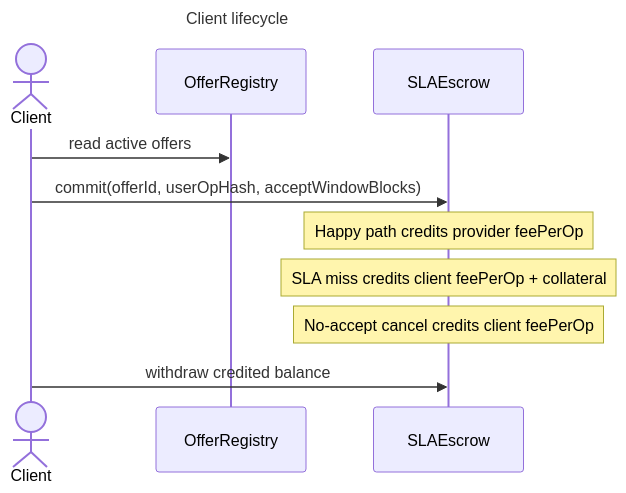
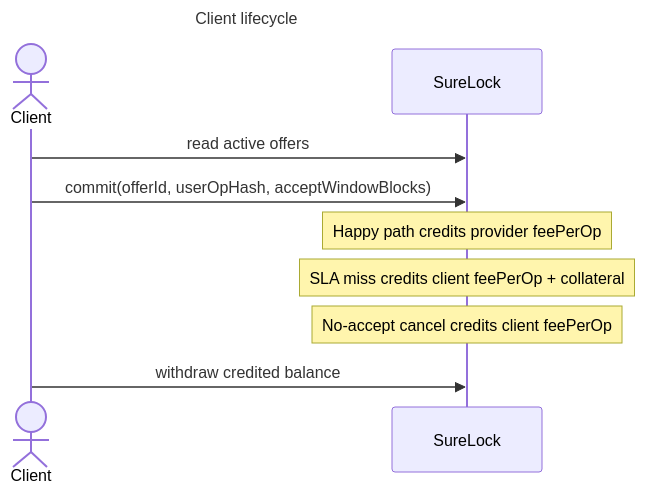
Before and after one commit to surelock-labs/surelock: the second of 5 diagrams in docs/PROTOCOL.md, drawn with Mermaid. The commit also changed other lines of this file, not shown here.

````diff
--- a/docs/PROTOCOL.md
+++ b/docs/PROTOCOL.md
@@ -40,14 +41,13 @@
 ```mermaid
 sequenceDiagram
     title Client lifecycle
     actor Client
-    participant OfferRegistry
-    participant SLAEscrow
+    participant SureLock
 
-    Client->>OfferRegistry: read active offers
-    Client->>SLAEscrow: commit(offerId, userOpHash, acceptWindowBlocks)
-    Note over SLAEscrow: Happy path credits provider feePerOp
-    Note over SLAEscrow: SLA miss credits client feePerOp + collateral
-    Note over SLAEscrow: No-accept cancel credits client feePerOp
-    Client->>SLAEscrow: withdraw credited balance
+    Client->>SureLock: read active offers
+    Client->>SureLock: commit(offerId, userOpHash, acceptWindowBlocks)
+    Note over SureLock: Happy path credits provider feePerOp
+    Note over SureLock: SLA miss credits client feePerOp + collateral
+    Note over SureLock: No-accept cancel credits client feePerOp
+    Client->>SureLock: withdraw credited balance
 ```
````
